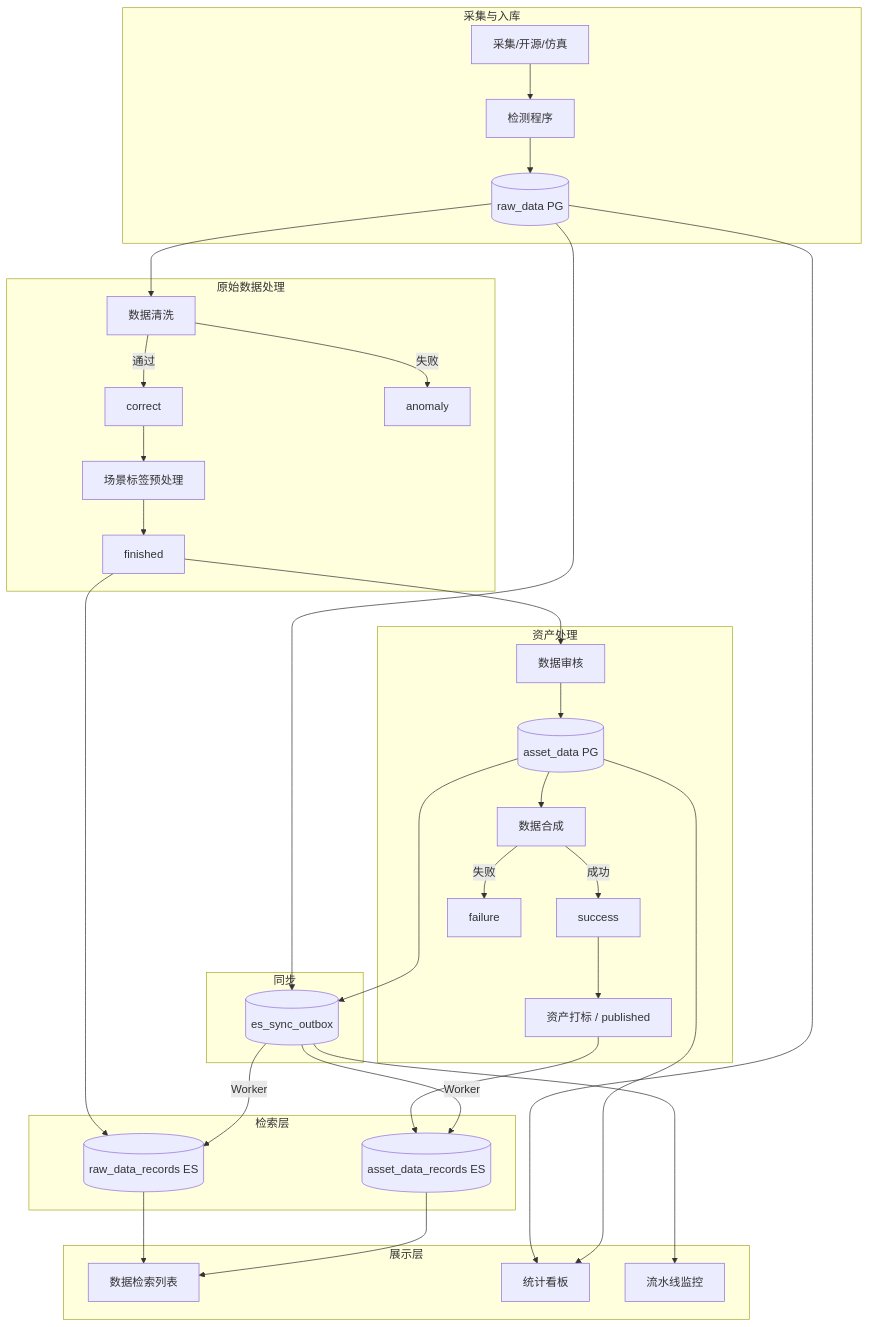
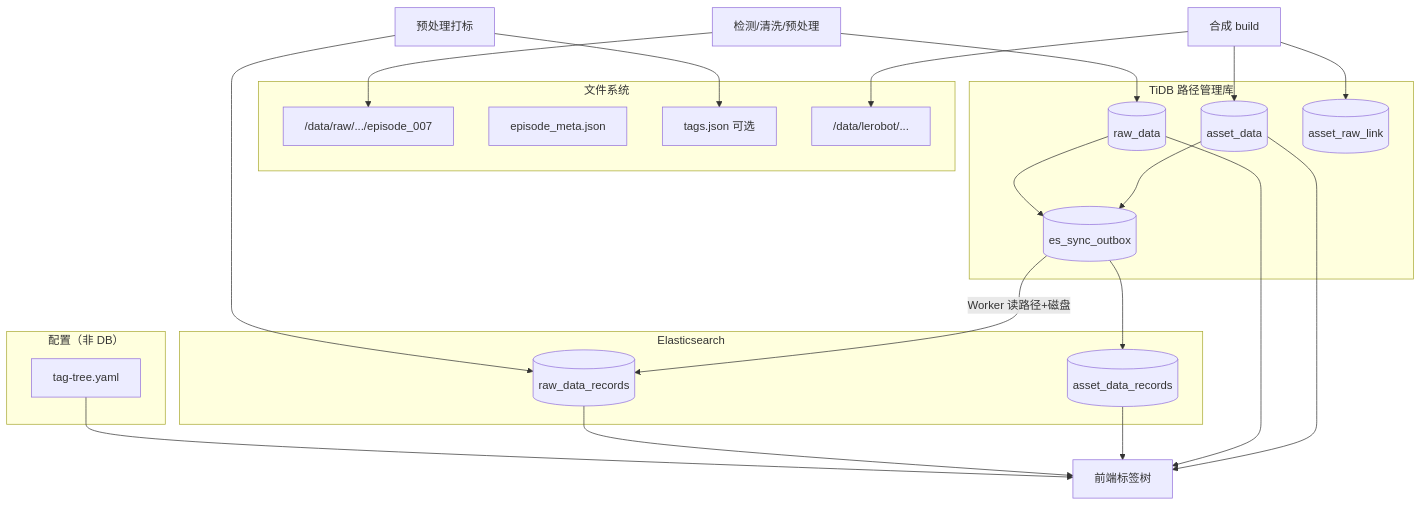
The first of 8 diagrams in docs/robot-data-platform/DESIGN.md (sgkokocool1/sgkokocool1), drawn with Mermaid before and after one commit. The commit also changed other lines of this file and 4 other files, not shown here.

````diff
--- a/docs/robot-data-platform/DESIGN.md
+++ b/docs/robot-data-platform/DESIGN.md
@@ -57,40 +62,42 @@
 ```mermaid
 flowchart TB
-    subgraph ingest["采集与入库"]
-        A1[采集/开源/仿真] --> A2[检测程序]
-        A2 --> A3[(raw_data PG)]
+    subgraph disk["文件系统"]
+        F1["/data/raw/.../episode_007"]
+        F2["episode_meta.json"]
+        F3["tags.json 可选"]
+        F4["/data/lerobot/..."]
     end
 
-    subgraph raw_pipe["原始数据处理"]
-        A3 --> B1[数据清洗]
-        B1 -->|通过| B2[correct]
-        B1 -->|失败| B3[anomaly]
-        B2 --> B4[场景标签预处理]
-        B4 --> B5[finished]
+    subgraph tidb["TiDB 路径管理库"]
+        T1[(raw_data)]
+        T2[(asset_data)]
+        T3[(asset_raw_link)]
+        T4[(es_sync_outbox)]
     end
 
-    subgraph asset_pipe["资产处理"]
-        B5 --> C1[数据审核]
-        C1 --> C2[(asset_data PG)]
-        C2 --> C3[数据合成]
-        C3 -->|成功| C4[success]
-        C3 -->|失败| C5[failure]
-        C4 --> C6[资产打标 / published]
+    subgraph es["Elasticsearch"]
+        E1[(raw_data_records)]
+        E2[(asset_data_records)]
     end
 
-    subgraph search["检索层"]
-        B5 --> D1[(raw_data_records ES)]
-        C6 --> D2[(asset_data_records ES)]
+    subgraph cfg["配置（非 DB）"]
+        C1[tag-tree.yaml]
     end
 
-    subgraph sync["同步"]
-        A3 & C2 --> E1[(es_sync_outbox)]
-        E1 -->|Worker| D1 & D2
-    end
+    A1[检测/清洗/预处理] --> T1
+    A1 --> F1
+ 预处理打标 --> F3
+ 预处理打标 --> E1
+    T1 --> T4
+    T4 -->|Worker 读路径+磁盘| E1
 
-    subgraph ui["展示层"]
-        D1 & D2 --> F1[数据检索列表]
-        A3 & C2 --> F2[统计看板]
-        E1 --> F3[流水线监控]
-    end
+    B1[合成 build] --> T2
+    B1 --> F4
+    B1 --> T3
+    T2 --> T4
+    T4 --> E2
+
+    C1 --> UI[前端标签树]
+    E1 & E2 --> UI
+    T1 & T2 --> UI
 ```
````
